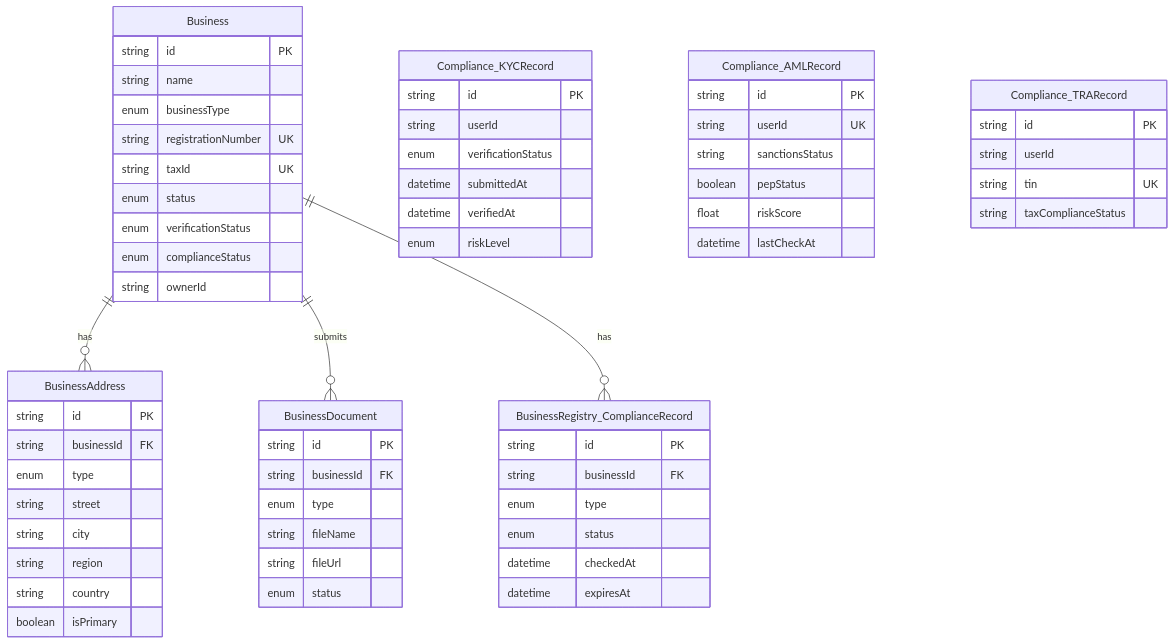
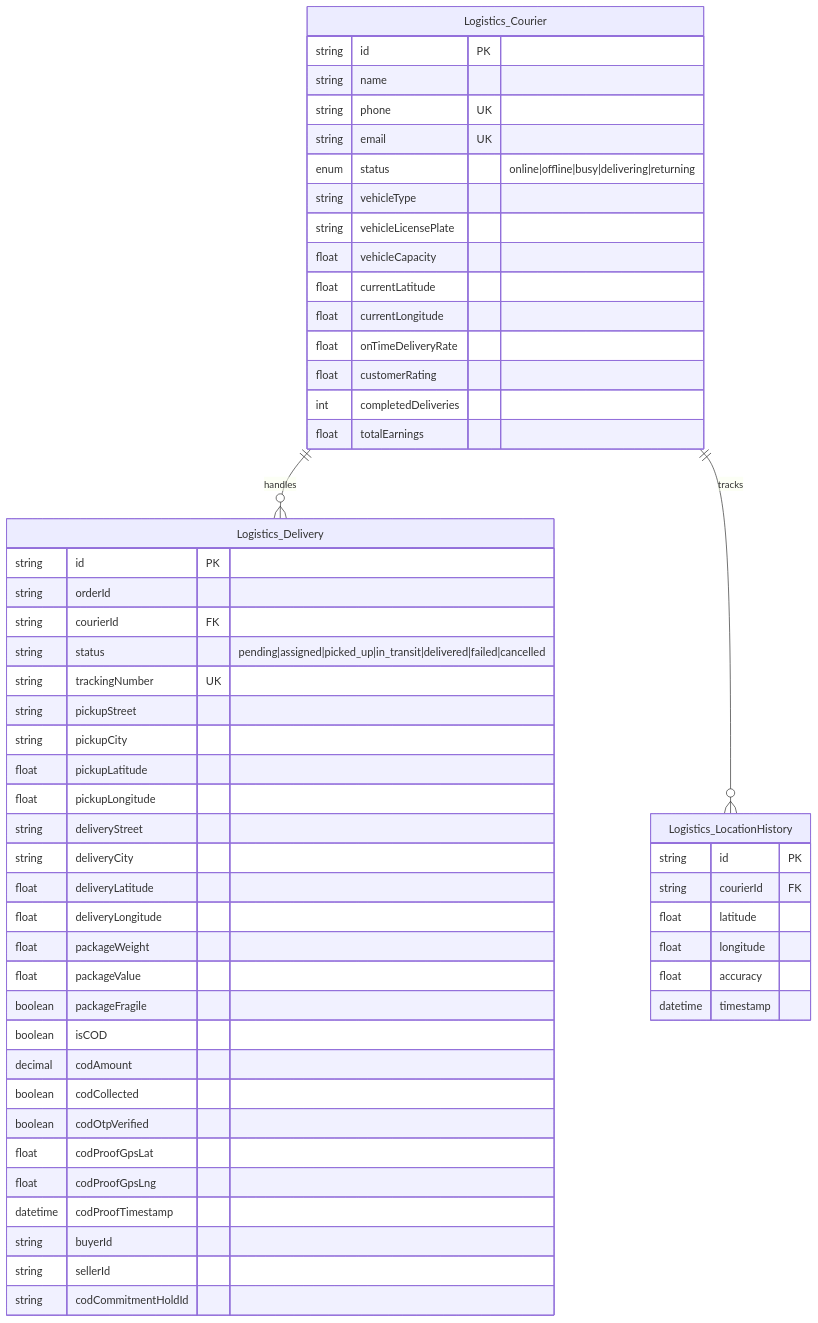
Before and after one commit to maysar-014/maysar-express-backend: the fifth of 7 diagrams in docs/architecture/database-relationship-diagrams.md, drawn with Mermaid. The commit also changed other lines of this file and 5 other files, not shown here.

First line of the commit message:
docs: rebuild diagrams from actual source code evidence

````diff
--- a/docs/architecture/database-relationship-diagrams.md
+++ b/docs/architecture/database-relationship-diagrams.md
@@ -365,72 +360,60 @@
 ```mermaid
 erDiagram
-    Business {
+    Logistics_Courier {
         string id PK
         string name
-        enum businessType
-        string registrationNumber UK
-        string taxId UK
-        enum status
-        enum verificationStatus
-        enum complianceStatus
-        string ownerId
+        string phone UK
+        string email UK
+        enum status "online|offline|busy|delivering|returning"
+        string vehicleType
+        string vehicleLicensePlate
+        float vehicleCapacity
+        float currentLatitude
+        float currentLongitude
+        float onTimeDeliveryRate
+        float customerRating
+        int completedDeliveries
+        float totalEarnings
     }
 
-    BusinessAddress {
+    Logistics_Delivery {
         string id PK
-        string businessId FK
-        enum type
-        string street
-        string city
-        string region
-        string country
-        boolean isPrimary
+        string orderId
+        string courierId FK
+        string status "pending|assigned|picked_up|in_transit|delivered|failed|cancelled"
+        string trackingNumber UK
+        string pickupStreet
+        string pickupCity
+        float pickupLatitude
+        float pickupLongitude
+        string deliveryStreet
+        string deliveryCity
+        float deliveryLatitude
+        float deliveryLongitude
+        float packageWeight
+        float packageValue
+        boolean packageFragile
+        boolean isCOD
+        decimal codAmount
+        boolean codCollected
+        boolean codOtpVerified
+        float codProofGpsLat
+        float codProofGpsLng
+        datetime codProofTimestamp
+        string buyerId
+        string sellerId
+        string codCommitmentHoldId
     }
 
-    BusinessDocument {
+    Logistics_LocationHistory {
         string id PK
-        string businessId FK
-        enum type
-        string fileName
-        string fileUrl
-        enum status
+        string courierId FK
+        float latitude
+        float longitude
+        float accuracy
+        datetime timestamp
     }
 
-    BusinessRegistry_ComplianceRecord {
-        string id PK
-        string businessId FK
-        enum type
-        enum status
-        datetime checkedAt
-        datetime expiresAt
-    }
-
-    Compliance_KYCRecord {
-        string id PK
-        string userId
-        enum verificationStatus
-        datetime submittedAt
-        datetime verifiedAt
-        enum riskLevel
-    }
-
-    Compliance_AMLRecord {
-        string id PK
-        string userId UK
-        string sanctionsStatus
-        boolean pepStatus
-        float riskScore
-        datetime lastCheckAt
-    }
-
-    Compliance_TRARecord {
-        string id PK
-        string userId
-        string tin UK
-        string taxComplianceStatus
-    }
-
-    Business ||--o{ BusinessAddress : "has"
-    Business ||--o{ BusinessDocument : "submits"
-    Business ||--o{ BusinessRegistry_ComplianceRecord : "has"
+    Logistics_Courier ||--o{ Logistics_Delivery : "handles"
+    Logistics_Courier ||--o{ Logistics_LocationHistory : "tracks"
 ```
````
